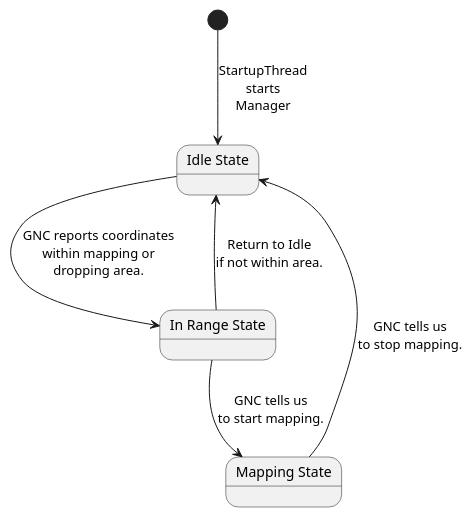
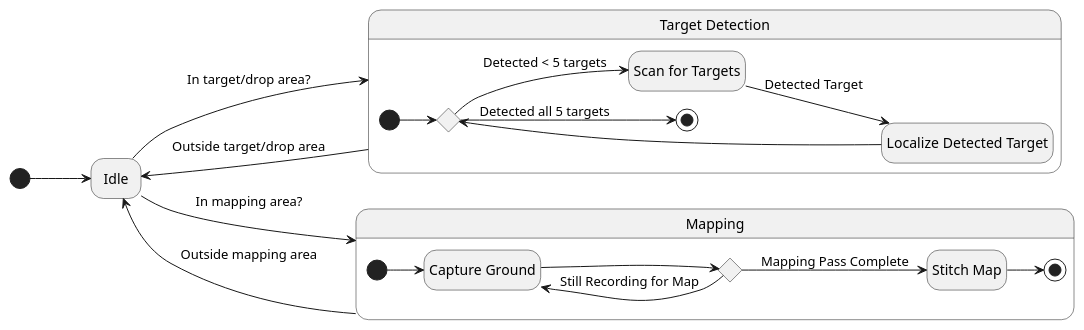
One commit to PurdueAerialRoboticsTeam/feonix-docs changed the seventh of 9 diagrams in docs/index.md. Above: the diagram before and after it, drawn with PlantUML. The commit also changed other lines of this file, not shown here.

Commit message:
Improved Sauron State Diagram

````diff
--- a/docs/index.md
+++ b/docs/index.md
@@ -189,17 +188,36 @@
 ```plantuml
-[*] --> IdleState : StartupThread\nstarts\nManager
+@startuml
+hide empty description
+left to right direction
 
-state "Idle State" as IdleState {
+state Idle
+state "Target Detection" as TargetingState {
+    state choice1 <<choice>>
+    state "Scan for Targets" as Detect
+    state "Localize Detected Target" as LocalizeDetectedTarget
+
+    [*] --> choice1
+    Detect --> LocalizeDetectedTarget : Detected Target
+    LocalizeDetectedTarget --> choice1
+    choice1 --> Detect : Detected < 5 targets
+    choice1 --> [*] : Detected all 5 targets
+}
+state "Mapping" as MappingState {
+    state CaptureGround as "Capture Ground"
+    state StitchMap as "Stitch Map"
+    state choice2 <<choice>>
+
+    [*] --> CaptureGround
+    CaptureGround --> choice2
+    choice2 --> StitchMap : Mapping Pass Complete
+    choice2 --> CaptureGround : Still Recording for Map
+    StitchMap --> [*]
 }
 
-state "In Range State" as InRangeState {
-}
-
-state "Mapping State" as MappingState {
-}
-
-IdleState --> InRangeState : GNC reports coordinates\nwithin mapping or\ndropping area.
-InRangeState --> IdleState : Return to Idle\nif not within area.
-InRangeState --> MappingState : GNC tells us\nto start mapping.
-MappingState --> IdleState : GNC tells us\nto stop mapping.
+[*] --> Idle
+Idle --> TargetingState : In target/drop area?
+TargetingState --> Idle : Outside target/drop area
+Idle --> MappingState : In mapping area?
+MappingState --> Idle : Outside mapping area
+@enduml
 ```
````
